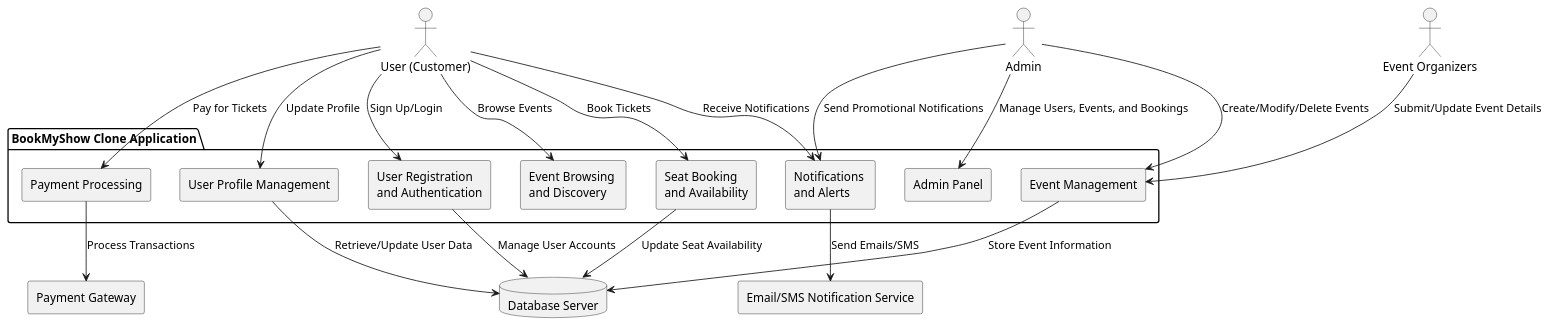
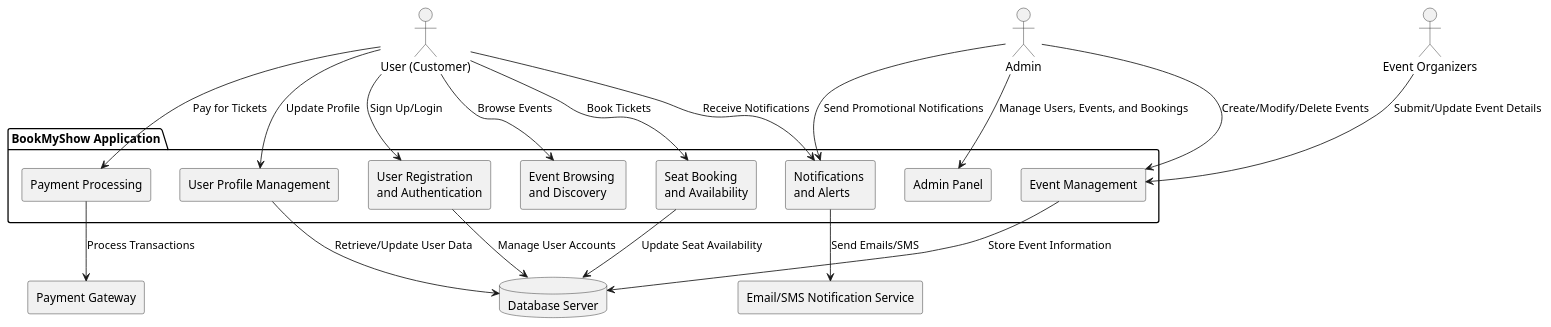
One commit to IIITLucknowSWEngg/CSITTeam012 changed the first of 4 diagrams in Assignment 02/Architecture.md. Above: the diagram before and after it, drawn with PlantUML. The commit also changed other lines of this file and 10 other files, not shown here.

````diff
--- a/Assignment 02/Architecture.md
+++ b/Assignment 02/Architecture.md
@@ -13,52 +13,52 @@
 ```plantuml
 @startuml
 
 ' External Actors
 actor "User (Customer)" as User
 actor "Admin" as Admin
 actor "Event Organizers" as EventOrganizer
 
 ' External Systems
 rectangle "Payment Gateway" as PaymentGateway
 rectangle "Email/SMS Notification Service" as NotificationService
 database "Database Server" as Database
 
-' System Boundary: BookMyShow Clone
-package "BookMyShow Clone Application" {
+' System Boundary: BookMyShow
+package "BookMyShow Application" {
 
     ' Subsystems
     rectangle "User Registration \nand Authentication" as Registration
     rectangle "Event Browsing \nand Discovery" as EventBrowsing
     rectangle "Seat Booking \nand Availability" as SeatBooking
     rectangle "Payment Processing" as PaymentProcessing
     rectangle "Admin Panel" as AdminPanel
     rectangle "Notifications \nand Alerts" as Notifications
     rectangle "Event Management" as EventManagement
     rectangle "User Profile Management" as UserProfile
 }
 
 ' Relationships between actors and system components
 User --> Registration : Sign Up/Login
 User --> EventBrowsing : Browse Events
 User --> SeatBooking : Book Tickets
 User --> PaymentProcessing : Pay for Tickets
 User --> Notifications : Receive Notifications
 User --> UserProfile : Update Profile
 
 Admin --> AdminPanel : Manage Users, Events, and Bookings
 Admin --> EventManagement : Create/Modify/Delete Events
 Admin --> Notifications : Send Promotional Notifications
 
 EventOrganizer --> EventManagement : Submit/Update Event Details
 
 ' External System Interactions
 EventManagement --> Database : Store Event Information
 SeatBooking --> Database : Update Seat Availability
 Registration --> Database : Manage User Accounts
 UserProfile --> Database : Retrieve/Update User Data
 
 PaymentProcessing --> PaymentGateway : Process Transactions
 Notifications --> NotificationService : Send Emails/SMS
 
 @enduml
 ```
````
